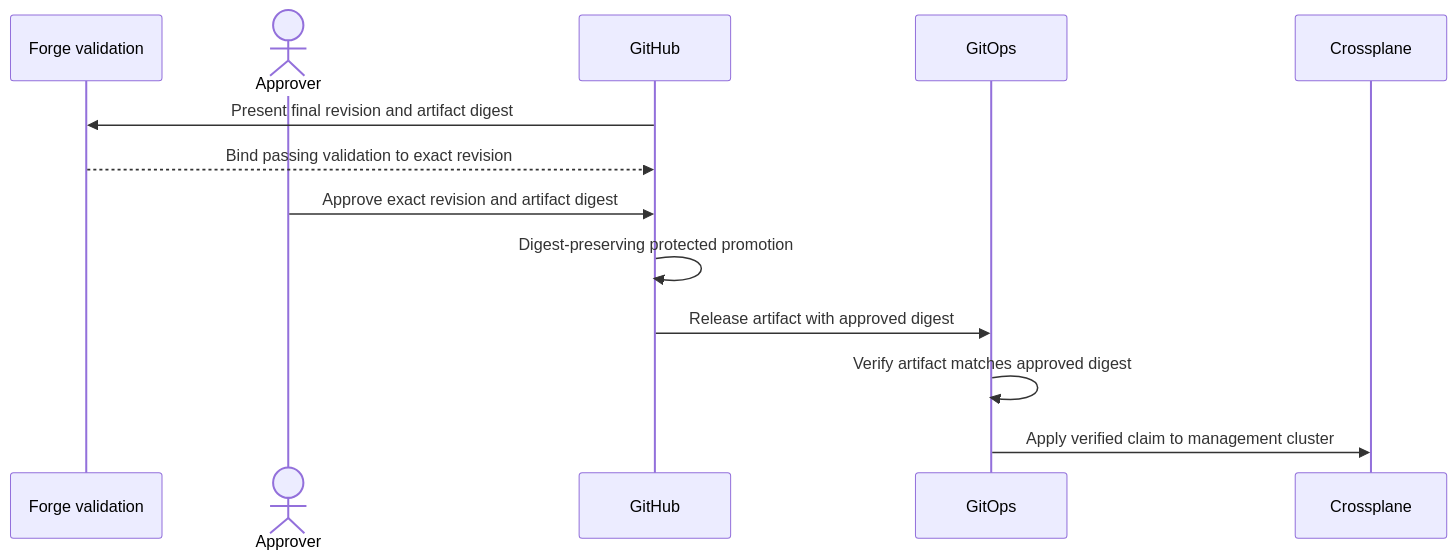
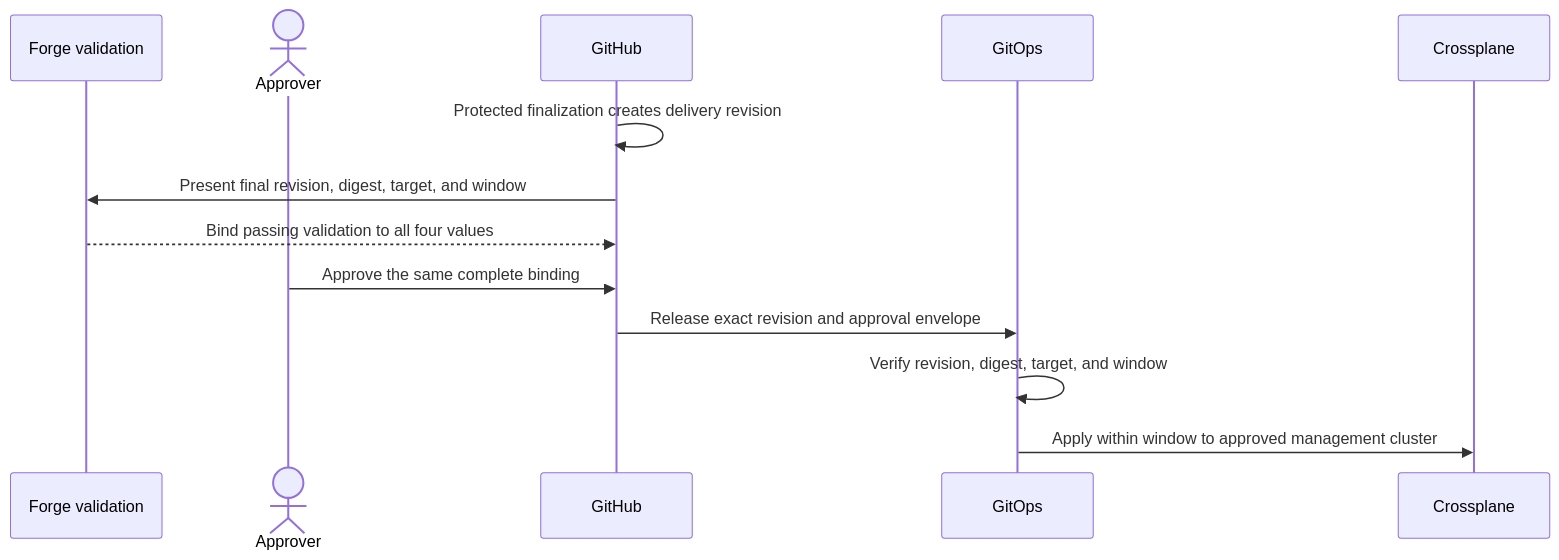
Before and after one commit to InfrastructureProductWorks/ai-powered-infrastructure-as-a-product: the fourth of 5 diagrams in docs/PRODUCT-ARCHITECTURE.md, drawn with Mermaid. The commit also changed other lines of this file, not shown here.

Commit message:
docs: bind delivery to final revision target and window

````diff
--- a/docs/PRODUCT-ARCHITECTURE.md
+++ b/docs/PRODUCT-ARCHITECTURE.md
@@ -208,16 +208,16 @@
 ```mermaid
 sequenceDiagram
   participant ForgeGate as Forge validation
   actor Approver
   participant GitHub
   participant GitOps
   participant Crossplane
 
-  GitHub->>ForgeGate: Present final revision and artifact digest
-  ForgeGate-->>GitHub: Bind passing validation to exact revision
-  Approver->>GitHub: Approve exact revision and artifact digest
-  GitHub->>GitHub: Digest-preserving protected promotion
-  GitHub->>GitOps: Release artifact with approved digest
-  GitOps->>GitOps: Verify artifact matches approved digest
-  GitOps->>Crossplane: Apply verified claim to management cluster
+  GitHub->>GitHub: Protected finalization creates delivery revision
+  GitHub->>ForgeGate: Present final revision, digest, target, and window
+  ForgeGate-->>GitHub: Bind passing validation to all four values
+  Approver->>GitHub: Approve the same complete binding
+  GitHub->>GitOps: Release exact revision and approval envelope
+  GitOps->>GitOps: Verify revision, digest, target, and window
+  GitOps->>Crossplane: Apply within window to approved management cluster
 ```
````
